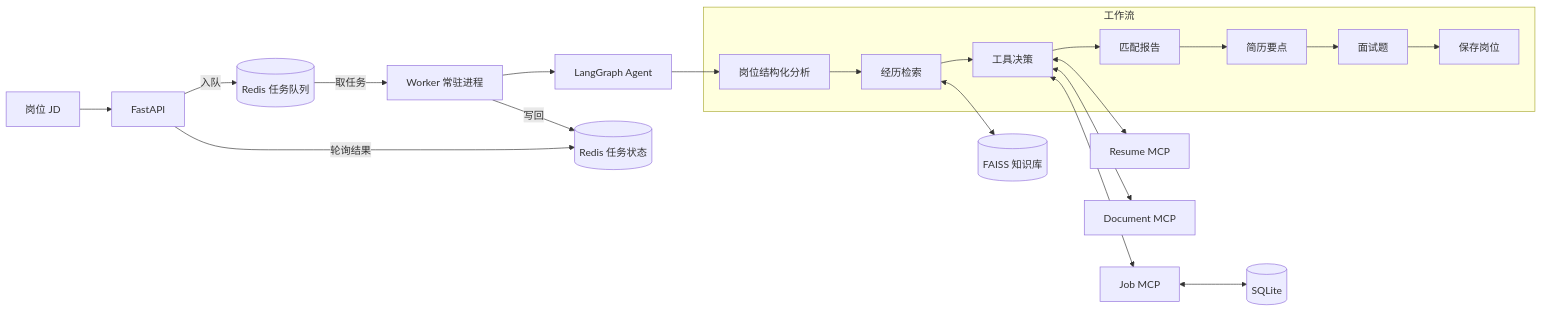
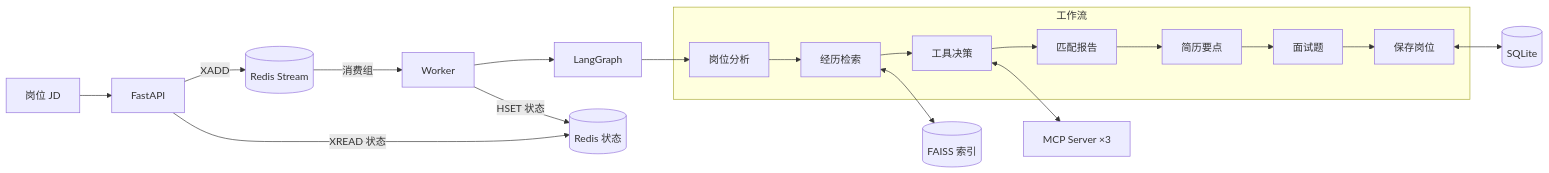
The diagram in README.md (hylv123/careerpilot-mcp-agent), drawn with Mermaid before and after one commit. The commit also changed other lines of this file and 5 other files, not shown here.

````diff
--- a/README.md
+++ b/README.md
@@ -45,25 +40,18 @@
 ```mermaid
 flowchart LR
     U[岗位 JD] --> API[FastAPI]
-    API -->|入队| Q[(Redis 任务队列)]
-    Q -->|取任务| W[Worker 常驻进程]
-    W --> A[LangGraph Agent]
-    W -->|写回| ST[(Redis 任务状态)]
-    API -->|轮询结果| ST
+    API -->|XADD| Q[(Redis Stream)]
+    Q -->|消费组| W[Worker]
+    W --> A[LangGraph]
+    API -->|XREAD 状态| ST[(Redis 状态)]
+    W -->|HSET 状态| ST
 
     subgraph G[工作流]
-        P[岗位结构化分析] --> R[经历检索]
-        R --> T[工具决策]
-        T --> M[匹配报告]
-        M --> B[简历要点]
-        B --> QQ[面试题]
-        QQ --> SV[保存岗位]
+        P[岗位分析] --> R[经历检索] --> T[工具决策] --> M[匹配报告] --> B[简历要点] --> QQ[面试题] --> SV[保存岗位]
     end
 
     A --> P
-    R <--> K[(FAISS 知识库)]
-    T <--> RM[Resume MCP]
-    T <--> JM[Job MCP]
-    T <--> DM[Document MCP]
-    JM <--> DB[(SQLite)]
+    R <--> K[(FAISS 索引)]
+    T <--> MC[MCP Server ×3]
+    SV <--> DB[(SQLite)]
 ```
````
